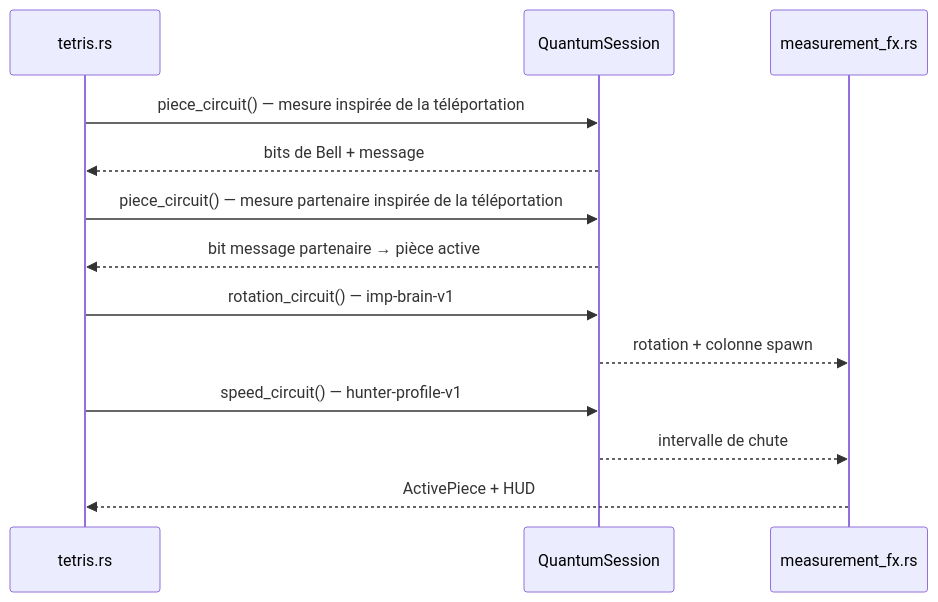
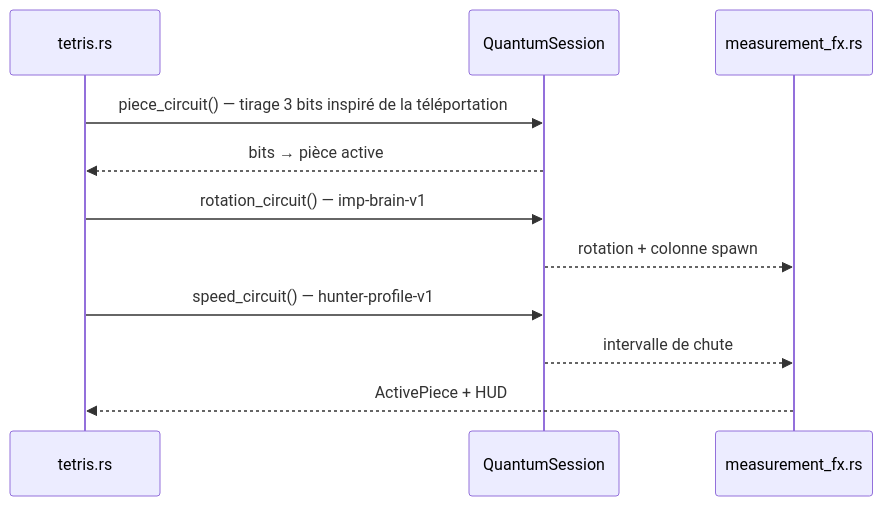
One commit to thepriben/quantum-tetris changed the second of 2 diagrams in README.fr.md. Above: the diagram before and after it, drawn with Mermaid. The commit also changed other lines of this file and 9 other files, not shown here.

````diff
--- a/README.fr.md
+++ b/README.fr.md
@@ -136,16 +136,14 @@
 ```mermaid
 sequenceDiagram
   participant T as tetris.rs
   participant Q as QuantumSession
   participant M as measurement_fx.rs
 
-  T->>Q: piece_circuit() — mesure inspirée de la téléportation #1
-  Q-->>T: bits de Bell + message
-  T->>Q: piece_circuit() — mesure partenaire inspirée de la téléportation
-  Q-->>T: bit message partenaire → pièce active
+  T->>Q: piece_circuit() — tirage 3 bits inspiré de la téléportation
+  Q-->>T: bits → pièce active
   T->>Q: rotation_circuit() — imp-brain-v1
   Q-->>M: rotation + colonne spawn
   T->>Q: speed_circuit() — hunter-profile-v1
   Q-->>M: intervalle de chute
   M-->>T: ActivePiece + HUD
 ```
````
